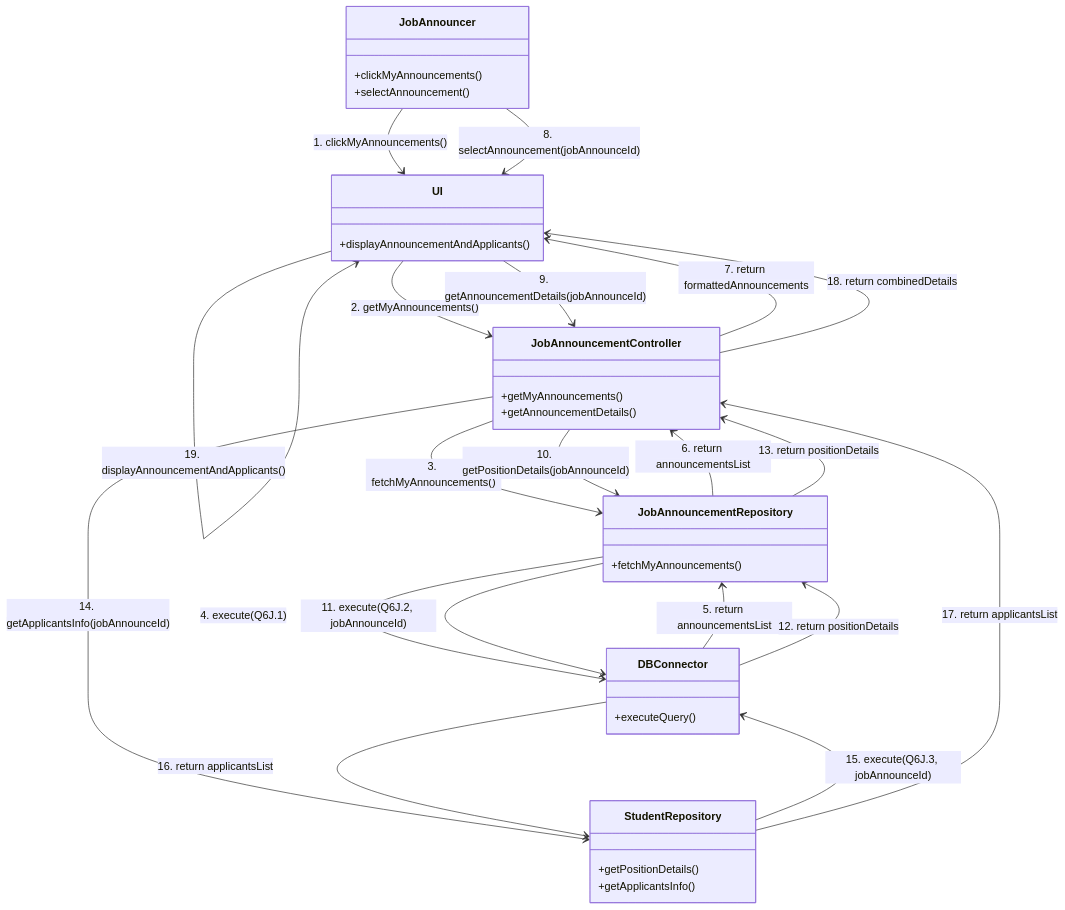
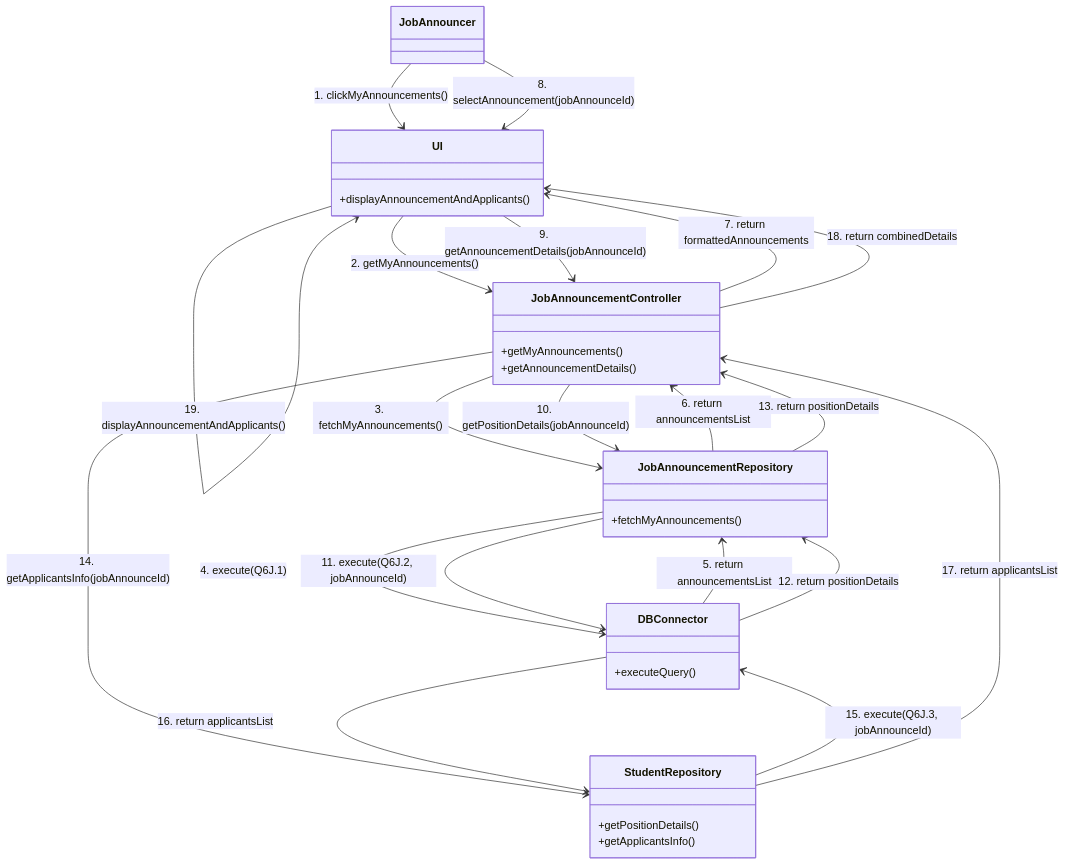
The diagram in J/6J.mmd (jgogo01/CS37-321SA-CODiagram), drawn with Mermaid before and after one commit. The commit also changed 14 other files, not shown here.

```diff
--- a/J/6J.mmd
+++ b/J/6J.mmd
@@ -1,48 +1,47 @@
 classDiagram
     JobAnnouncer --> UI: 1. clickMyAnnouncements()
     UI --> JobAnnouncementController: 2. getMyAnnouncements()
     JobAnnouncementController --> JobAnnouncementRepository: 3. fetchMyAnnouncements()
     JobAnnouncementRepository --> DBConnector: 4. execute(Q6J.1)
     DBConnector --> JobAnnouncementRepository: 5. return announcementsList
     JobAnnouncementRepository --> JobAnnouncementController: 6. return announcementsList
     JobAnnouncementController --> UI: 7. return formattedAnnouncements
     
     JobAnnouncer --> UI: 8. selectAnnouncement(jobAnnounceId)
     UI --> JobAnnouncementController: 9. getAnnouncementDetails(jobAnnounceId)
     JobAnnouncementController --> JobAnnouncementRepository: 10. getPositionDetails(jobAnnounceId)
     JobAnnouncementRepository --> DBConnector: 11. execute(Q6J.2, jobAnnounceId)
     DBConnector --> JobAnnouncementRepository: 12. return positionDetails
     JobAnnouncementRepository --> JobAnnouncementController: 13. return positionDetails
     JobAnnouncementController --> StudentRepository: 14. getApplicantsInfo(jobAnnounceId)
     StudentRepository --> DBConnector: 15. execute(Q6J.3, jobAnnounceId)
     DBConnector --> StudentRepository: 16. return applicantsList
     StudentRepository --> JobAnnouncementController: 17. return applicantsList
     JobAnnouncementController --> UI: 18. return combinedDetails
     UI --> UI: 19. displayAnnouncementAndApplicants()
 
     class JobAnnouncer {
-        +clickMyAnnouncements()
-        +selectAnnouncement()
+
     }
 
     class UI {
         +displayAnnouncementAndApplicants()
     }
 
     class JobAnnouncementController {
         +getMyAnnouncements()
         +getAnnouncementDetails()
     }
 
     class JobAnnouncementRepository {
         +fetchMyAnnouncements()
     }
 
     class StudentRepository {
         +getPositionDetails()
         +getApplicantsInfo()
     }
 
     class DBConnector {
         +executeQuery()
     }
```
